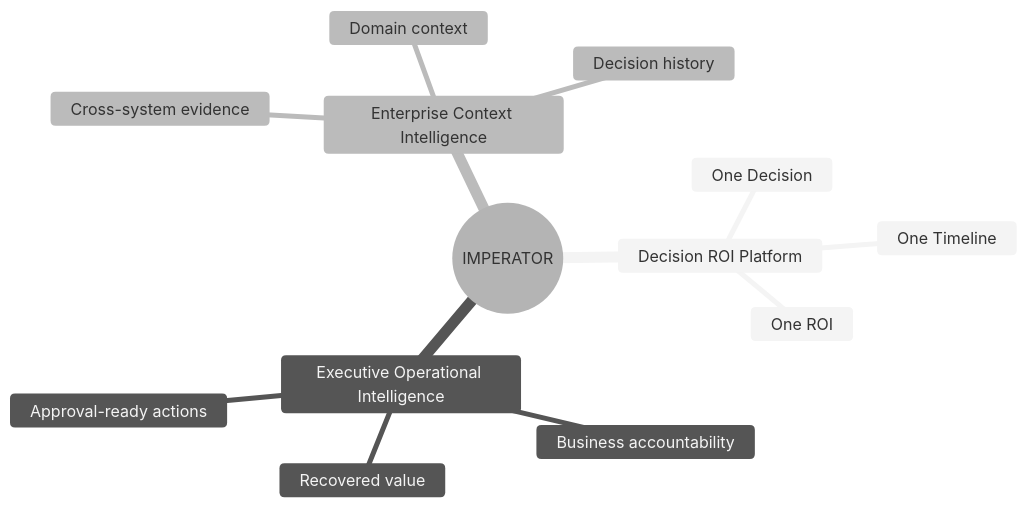
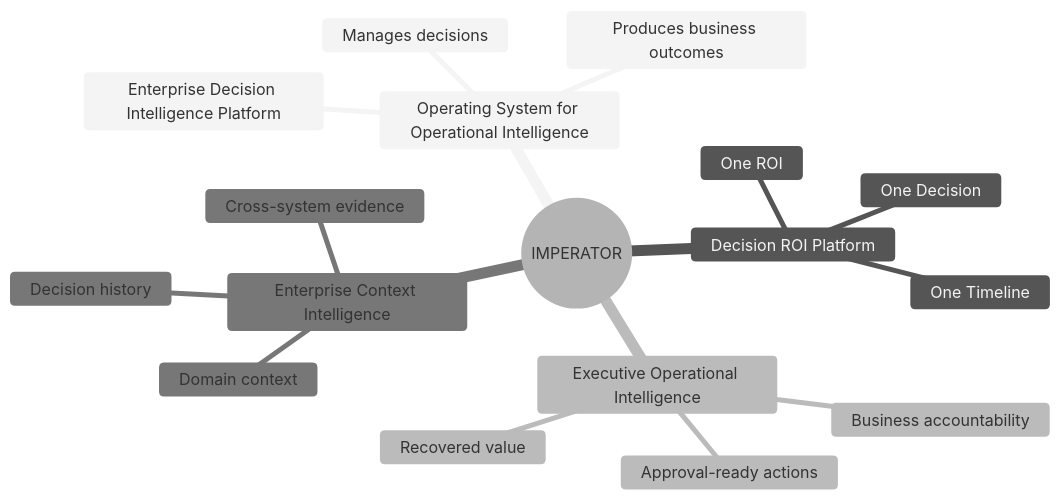
One commit to Dmillan-dev/ImperatorProyect changed the tenth of 12 diagrams in docs/product/23_IMPERATOR_Visual_Operational_Explainer.md. Above: the diagram before and after it, drawn with Mermaid (neutral theme). The commit also changed other lines of this file and 13 other files, not shown here.

````diff
--- a/docs/product/23_IMPERATOR_Visual_Operational_Explainer.md
+++ b/docs/product/23_IMPERATOR_Visual_Operational_Explainer.md
@@ -292,16 +363,20 @@
 ```mermaid
 mindmap
   root((IMPERATOR))
+    Operating System for Operational Intelligence
+      Enterprise Decision Intelligence Platform
+      Manages decisions
+      Produces business outcomes
     Decision ROI Platform
       One Decision
       One Timeline
       One ROI
     Executive Operational Intelligence
       Approval-ready actions
       Business accountability
       Recovered value
     Enterprise Context Intelligence
       Cross-system evidence
       Domain context
       Decision history
 ```
````
